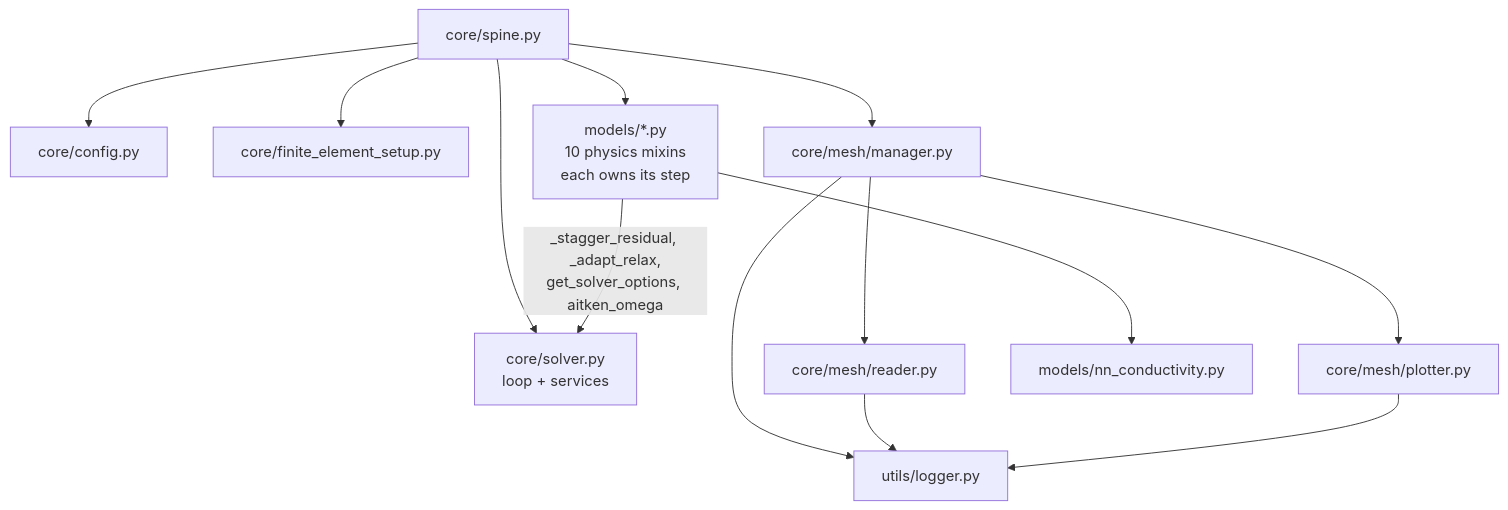
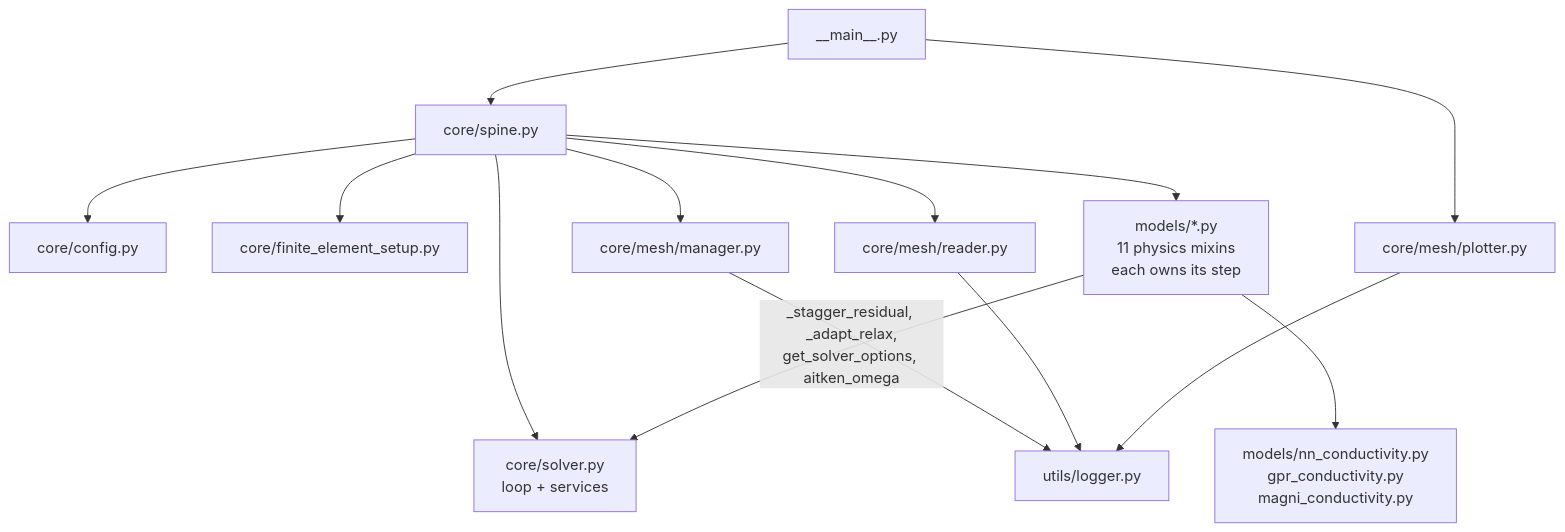
Before and after one commit to giozu/z3st: the second of 2 diagrams in docs/source/architecture.md, drawn with Mermaid. The commit also changed other lines of this file and 46 other files, not shown here.

````diff
--- a/docs/source/architecture.md
+++ b/docs/source/architecture.md
@@ -152,15 +188,16 @@
 ```mermaid
 flowchart TD
   spine[core/spine.py] --> config[core/config.py]
   spine --> fes[core/finite_element_setup.py]
   spine --> solver["core/solver.py<br/>loop + services"]
   spine --> manager[core/mesh/manager.py]
-  spine --> models["models/*.py<br/>10 physics mixins<br/>each owns its step"]
-  manager --> reader[core/mesh/reader.py]
-  manager --> plotter[core/mesh/plotter.py]
+  spine --> reader[core/mesh/reader.py]
+  spine --> models["models/*.py<br/>11 physics mixins<br/>each owns its step"]
+  main["__main__.py"] --> spine
+  main --> plotter[core/mesh/plotter.py]
   manager --> logger[utils/logger.py]
   reader --> logger
   plotter --> logger
   models -->|"_stagger_residual, _adapt_relax,<br/>get_solver_options, aitken_omega"| solver
-  models --> nn[models/nn_conductivity.py]
+  models --> nn["models/nn_conductivity.py<br/>gpr_conductivity.py<br/>magni_conductivity.py"]
 ```
````
